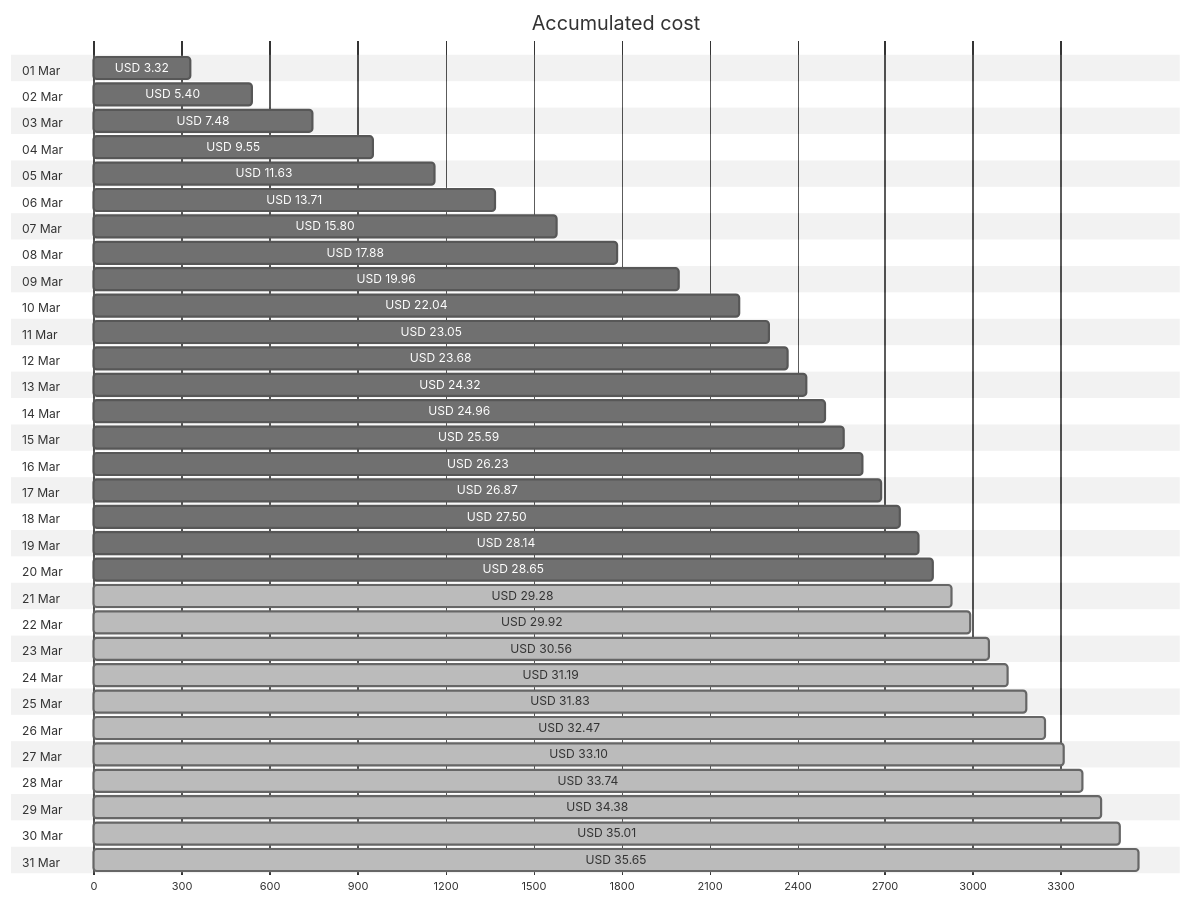
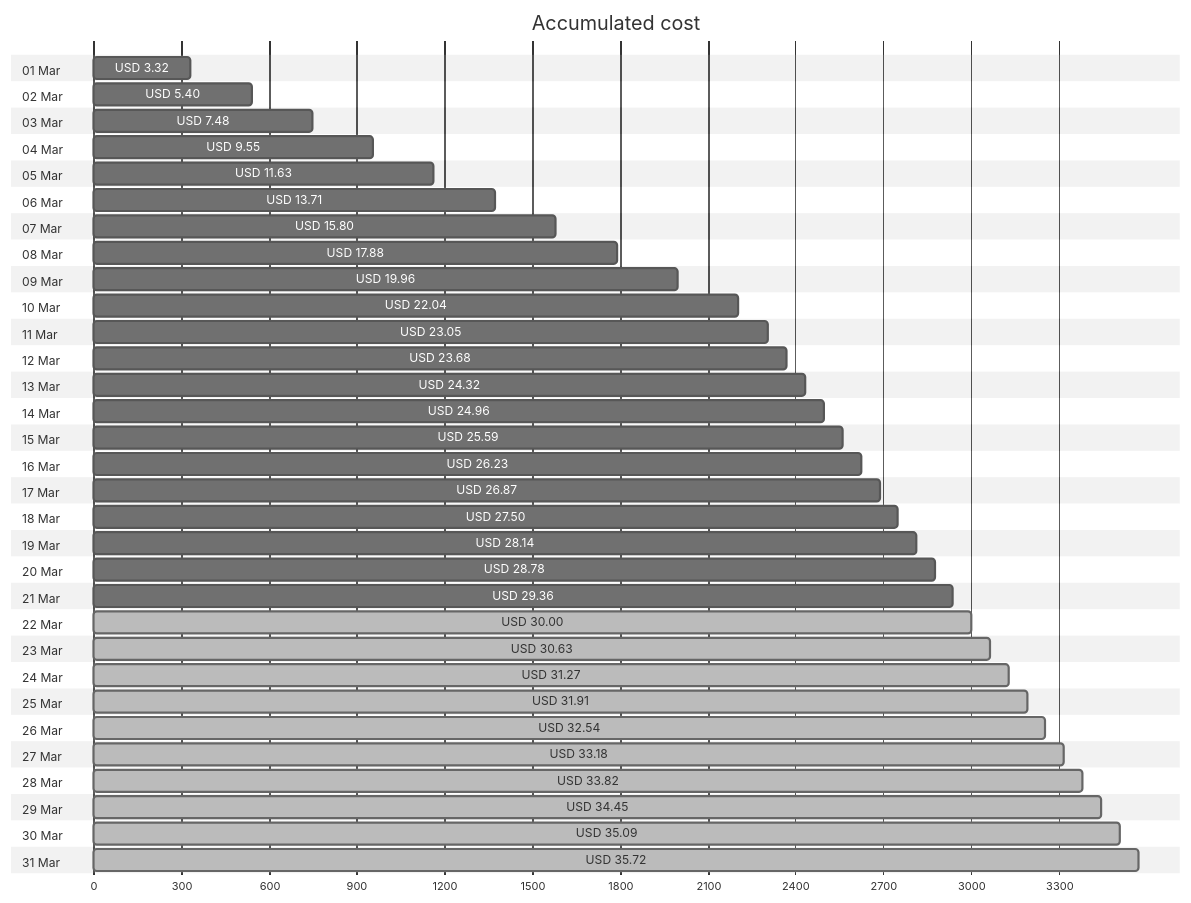
One commit to jpfulton/azure-personal-reports changed the first of 4 diagrams in cost-reports/accumulated-cost.md. Above: the diagram before and after it, drawn with Mermaid (neutral theme). The commit also changed other lines of this file and 4 other files, not shown here.

````diff
--- a/cost-reports/accumulated-cost.md
+++ b/cost-reports/accumulated-cost.md
@@ -20,68 +20,68 @@
 ```mermaid
 gantt
    title Accumulated cost
    dateFormat  X
    axisFormat %s
    section 01 Mar
    USD 3.32 :0, 332
    section 02 Mar
    USD 5.40 :0, 540
    section 03 Mar
    USD 7.48 :0, 748
    section 04 Mar
    USD 9.55 :0, 955
    section 05 Mar
    USD 11.63 :0, 1163
    section 06 Mar
    USD 13.71 :0, 1371
    section 07 Mar
    USD 15.80 :0, 1580
    section 08 Mar
    USD 17.88 :0, 1788
    section 09 Mar
    USD 19.96 :0, 1996
    section 10 Mar
    USD 22.04 :0, 2204
    section 11 Mar
    USD 23.05 :0, 2305
    section 12 Mar
    USD 23.68 :0, 2368
    section 13 Mar
    USD 24.32 :0, 2432
    section 14 Mar
    USD 24.96 :0, 2496
    section 15 Mar
    USD 25.59 :0, 2559
    section 16 Mar
    USD 26.23 :0, 2623
    section 17 Mar
    USD 26.87 :0, 2687
    section 18 Mar
    USD 27.50 :0, 2750
    section 19 Mar
    USD 28.14 :0, 2814
    section 20 Mar
-   USD 28.65 :0, 2865
+   USD 28.78 :0, 2878
    section 21 Mar
-   USD 29.28 : done, 0, 2928
+   USD 29.36 :0, 2936
    section 22 Mar
-   USD 29.92 : done, 0, 2992
+   USD 30.00 : done, 0, 3000
    section 23 Mar
-   USD 30.56 : done, 0, 3056
+   USD 30.63 : done, 0, 3063
    section 24 Mar
-   USD 31.19 : done, 0, 3119
+   USD 31.27 : done, 0, 3127
    section 25 Mar
-   USD 31.83 : done, 0, 3183
+   USD 31.91 : done, 0, 3191
    section 26 Mar
-   USD 32.47 : done, 0, 3247
+   USD 32.54 : done, 0, 3254
    section 27 Mar
-   USD 33.10 : done, 0, 3310
+   USD 33.18 : done, 0, 3318
    section 28 Mar
-   USD 33.74 : done, 0, 3374
+   USD 33.82 : done, 0, 3382
    section 29 Mar
-   USD 34.38 : done, 0, 3438
+   USD 34.45 : done, 0, 3445
    section 30 Mar
-   USD 35.01 : done, 0, 3501
+   USD 35.09 : done, 0, 3509
    section 31 Mar
-   USD 35.65 : done, 0, 3565
+   USD 35.72 : done, 0, 3572
 ```
````
